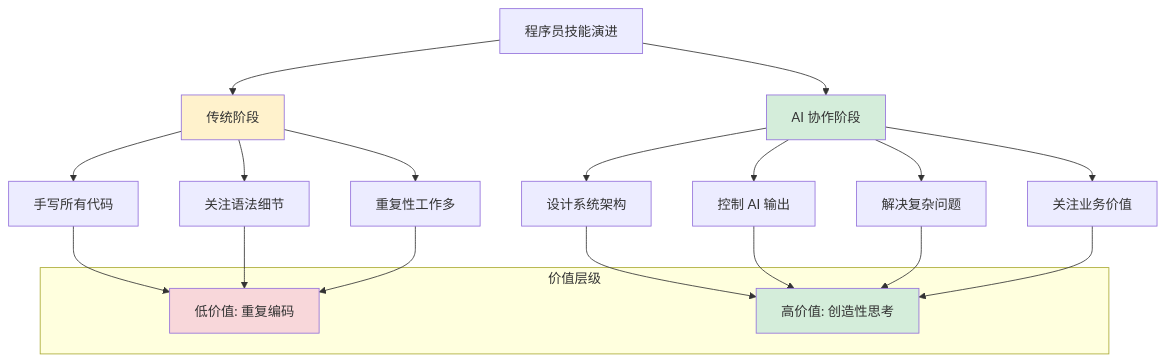
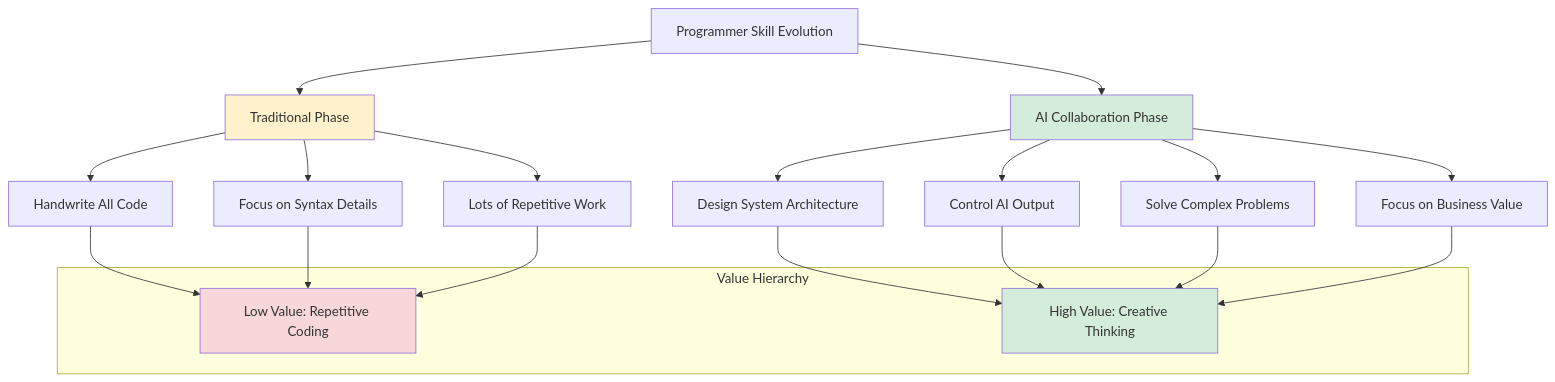
The third of 3 diagrams in _posts/2025-09-05-programmer-core-skills-in-ai-era-en.md (woodywang/woodywang.github.io), drawn with Mermaid before and after one commit. The commit also changed other lines of this file and 5 other files, not shown here.

First line of the commit message:
fix: translate Chinese text in mermaid diagrams across all English posts

````diff
--- a/_posts/2025-09-05-programmer-core-skills-in-ai-era-en.md
+++ b/_posts/2025-09-05-programmer-core-skills-in-ai-era-en.md
@@ -118,33 +118,33 @@
 ```mermaid
 graph TD
-    A[程序员技能演进] --> B[传统阶段]
-    A --> C[AI 协作阶段]
+    A[Programmer Skill Evolution] --> B[Traditional Phase]
+    A --> C[AI Collaboration Phase]
 
-    B --> D[手写所有代码]
-    B --> E[关注语法细节]
-    B --> F[重复性工作多]
+    B --> D[Handwrite All Code]
+    B --> E[Focus on Syntax Details]
+    B --> F[Lots of Repetitive Work]
 
-    C --> G[设计系统架构]
-    C --> H[控制 AI 输出]
-    C --> I[解决复杂问题]
-    C --> J[关注业务价值]
+    C --> G[Design System Architecture]
+    C --> H[Control AI Output]
+    C --> I[Solve Complex Problems]
+    C --> J[Focus on Business Value]
 
-    subgraph "价值层级"
-        K[低价值: 重复编码]
-        L[高价值: 创造性思考]
+    subgraph "Value Hierarchy"
+        K[Low Value: Repetitive Coding]
+        L[High Value: Creative Thinking]
     end
 
     D --> K
     E --> K
     F --> K
 
     G --> L
     H --> L
     I --> L
     J --> L
 
     style B fill:#fff2cc
     style C fill:#d4edda
     style K fill:#f8d7da
     style L fill:#d4edda
 ```
````
